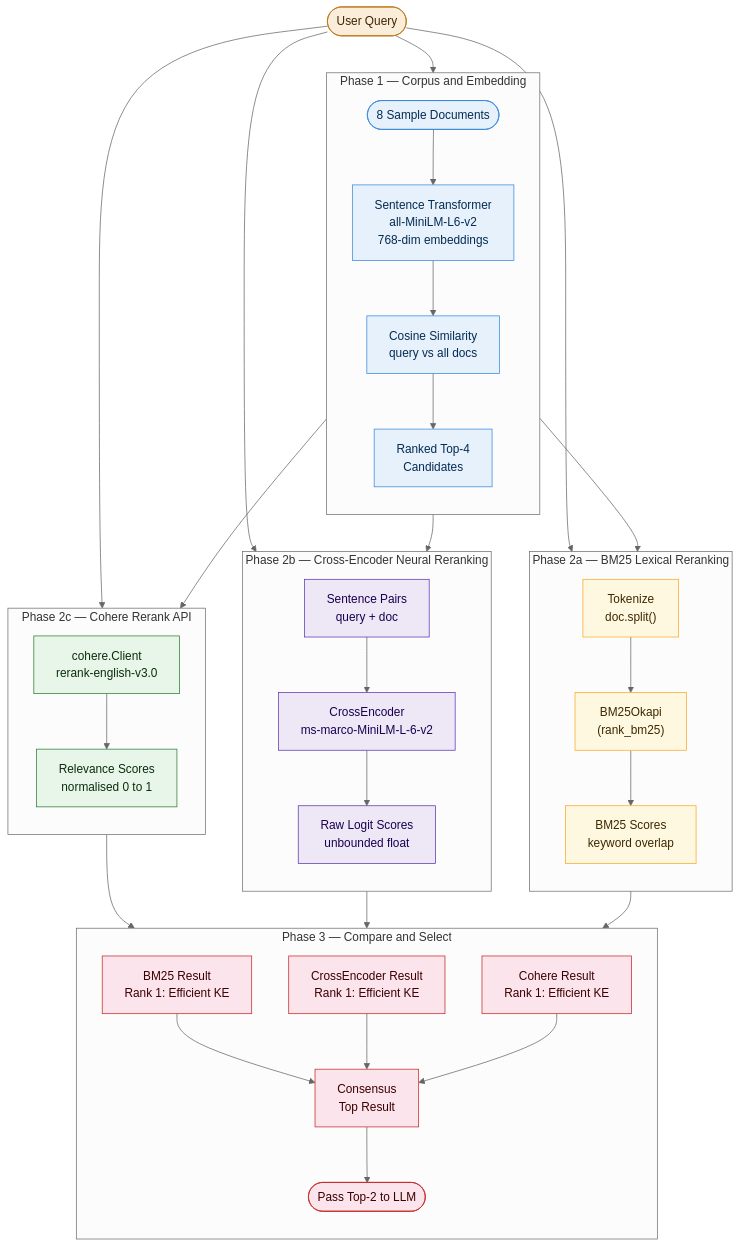
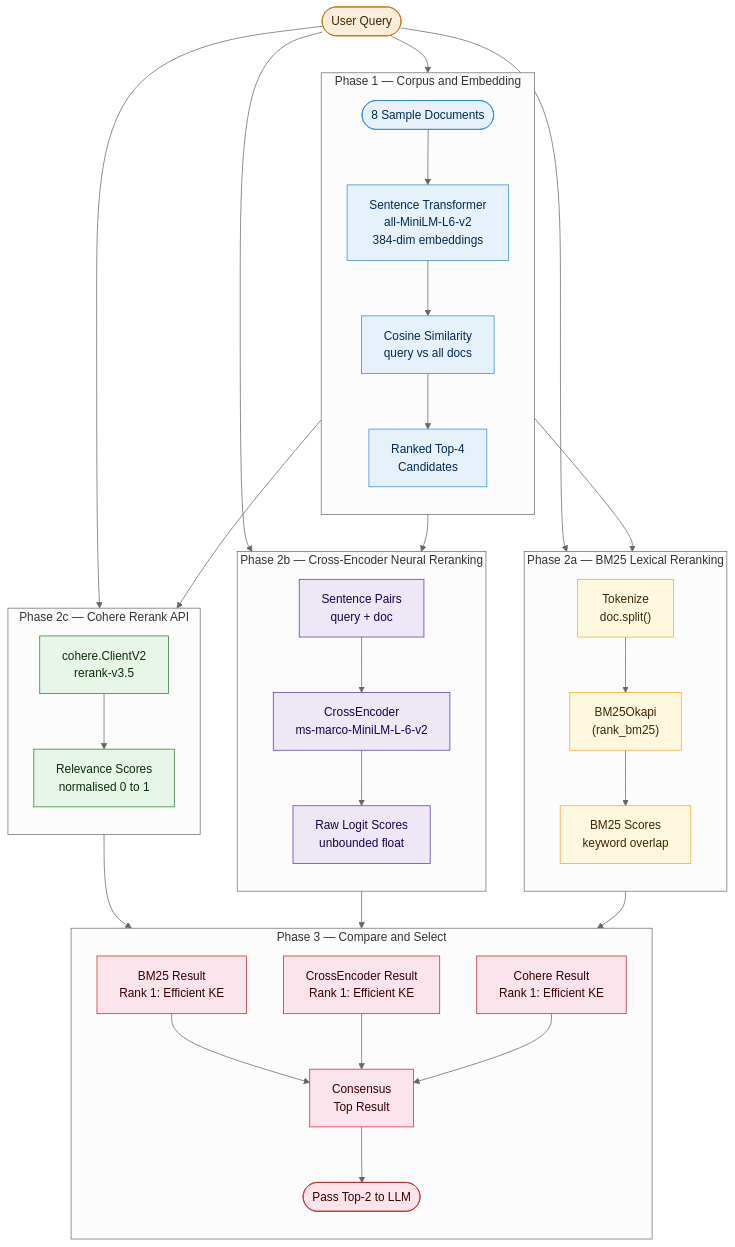
The diagram in Reranking_From_Scratch(2026)_BM25_Cross-Encoder_Cohere_Qwen3_Jina_AI_Advanced_RAG/Reranking2026_Mermaid_Architecture.md (mayankchugh-learning/Advance_RAG), drawn with Mermaid (neutral theme) before and after one commit. The commit also changed other lines of this file and 13 other files, not shown here.

Commit message:
Enhance README and architecture diagrams for Advanced RAG series. Updated content to clarify hybrid retrieval methods, added detailed descriptions for notebooks, and improved references to associated materials. Included mappings between diagrams and notebooks for better understanding of workflows.

````diff
--- a/Reranking_From_Scratch(2026)_BM25_Cross-Encoder_Cohere_Qwen3_Jina_AI_Advanced_RAG/Reranking2026_Mermaid_Architecture.md
+++ b/Reranking_From_Scratch(2026)_BM25_Cross-Encoder_Cohere_Qwen3_Jina_AI_Advanced_RAG/Reranking2026_Mermaid_Architecture.md
@@ -8,61 +10,61 @@
 ```mermaid
 flowchart TD
   subgraph P1["Phase 1 — Corpus and Embedding"]
     direction TB
-    A([8 Sample Documents]) --> B["Sentence Transformer\nall-MiniLM-L6-v2\n768-dim embeddings"]
+    A([8 Sample Documents]) --> B["Sentence Transformer\nall-MiniLM-L6-v2\n384-dim embeddings"]
     B --> C["Cosine Similarity\nquery vs all docs"]
     C --> D["Ranked Top-4\nCandidates"]
   end
 
   subgraph P2a["Phase 2a — BM25 Lexical Reranking"]
     direction TB
     E["Tokenize\ndoc.split()"] --> F["BM25Okapi\n(rank_bm25)"]
     F --> G["BM25 Scores\nkeyword overlap"]
   end
 
   subgraph P2b["Phase 2b — Cross-Encoder Neural Reranking"]
     direction TB
     H["Sentence Pairs\n query + doc"] --> I["CrossEncoder\nms-marco-MiniLM-L-6-v2"]
     I --> J["Raw Logit Scores\nunbounded float"]
   end
 
   subgraph P2c["Phase 2c — Cohere Rerank API"]
     direction TB
-    K["cohere.Client\nrerank-english-v3.0"] --> L["Relevance Scores\nnormalised 0 to 1"]
+    K["cohere.ClientV2\nrerank-v3.5"] --> L["Relevance Scores\nnormalised 0 to 1"]
   end
 
   subgraph P3["Phase 3 — Compare and Select"]
     direction TB
     M["BM25 Result\nRank 1: Efficient KE"] --> N["Consensus\nTop Result"]
     O["CrossEncoder Result\nRank 1: Efficient KE"] --> N
     P["Cohere Result\nRank 1: Efficient KE"] --> N
     N --> Q([Pass Top-2 to LLM])
   end
 
   QQ([User Query]) --> C
   QQ --> E
   QQ --> H
   QQ --> K
 
   D --> E
   D --> H
   D --> K
 
   G --> M
   J --> O
   L --> P
 
   classDef embed   fill:#E6F1FB,stroke:#378ADD,color:#042C53
   classDef bm25    fill:#FFF8E1,stroke:#F9A825,color:#3E2800
   classDef ce      fill:#EDE7F6,stroke:#5E35B1,color:#1A0050
   classDef cohere  fill:#E8F5E9,stroke:#2E7D32,color:#0A2E0C
   classDef compare fill:#FCE4EC,stroke:#C62828,color:#3B0000
   classDef io      fill:#FAEEDA,stroke:#BA7517,color:#412402
 
   class A,B,C,D embed
   class E,F,G bm25
   class H,I,J ce
   class K,L cohere
   class M,O,P,N,Q compare
   class QQ io
 ```
````
